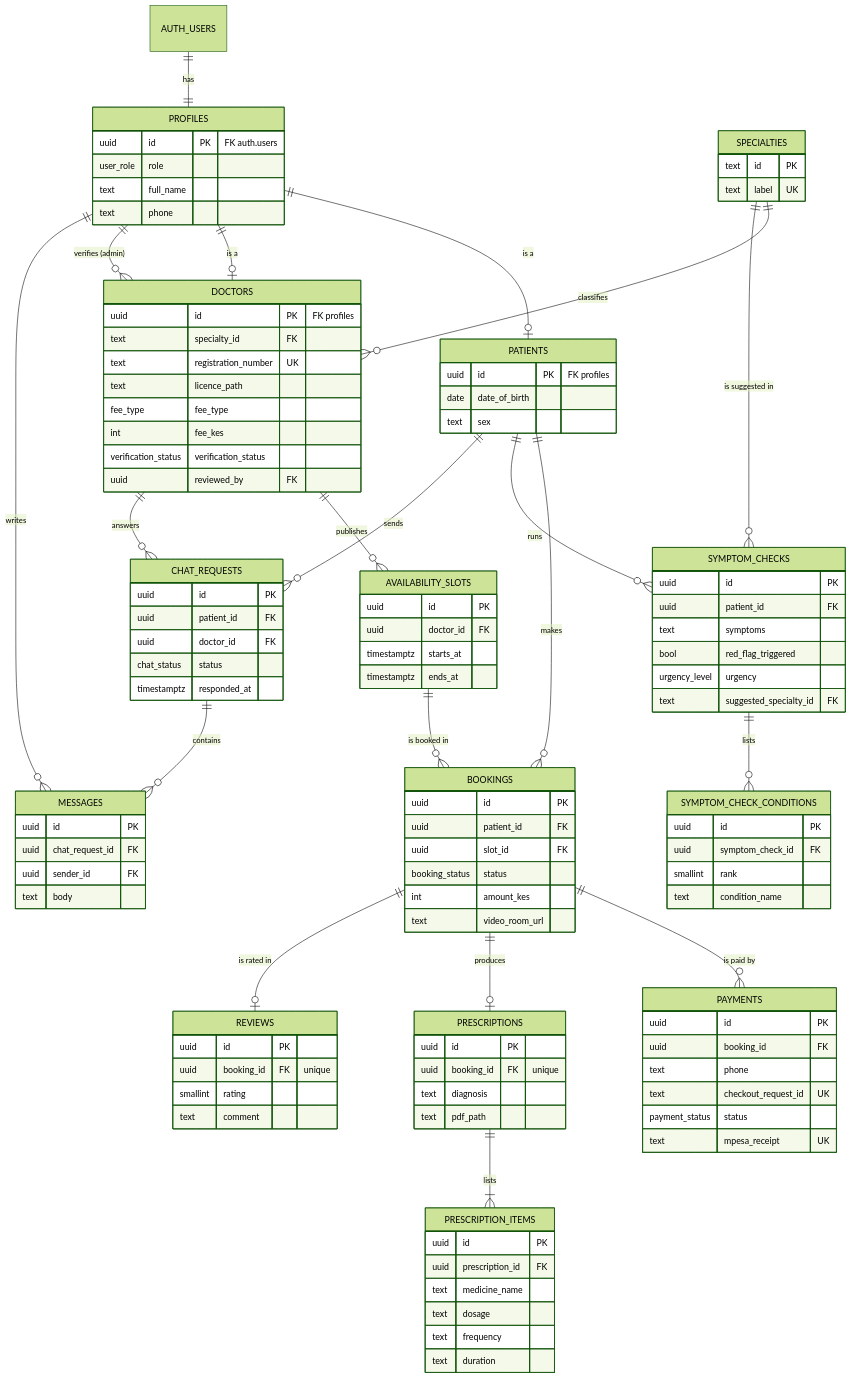
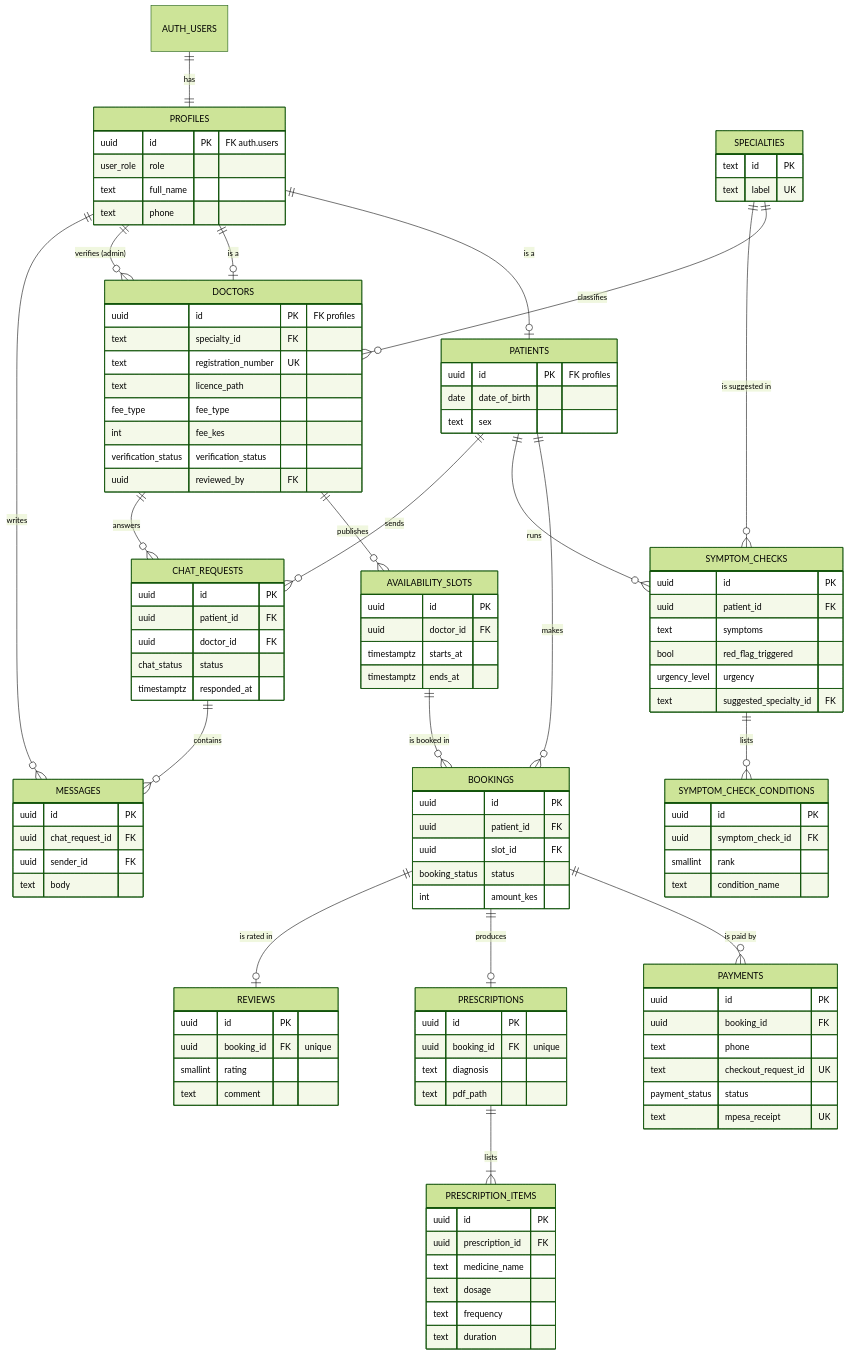
The diagram in docs/database.md (shalimohamed/afyalink), drawn with Mermaid (forest theme) before and after one commit. The commit also changed other lines of this file and 13 other files, not shown here.

```diff
--- a/docs/database.md
+++ b/docs/database.md
@@ -67,7 +68,6 @@
     uuid slot_id FK
     booking_status status
     int amount_kes
-    text video_room_url
   }
   PAYMENTS {
     uuid id PK
```
